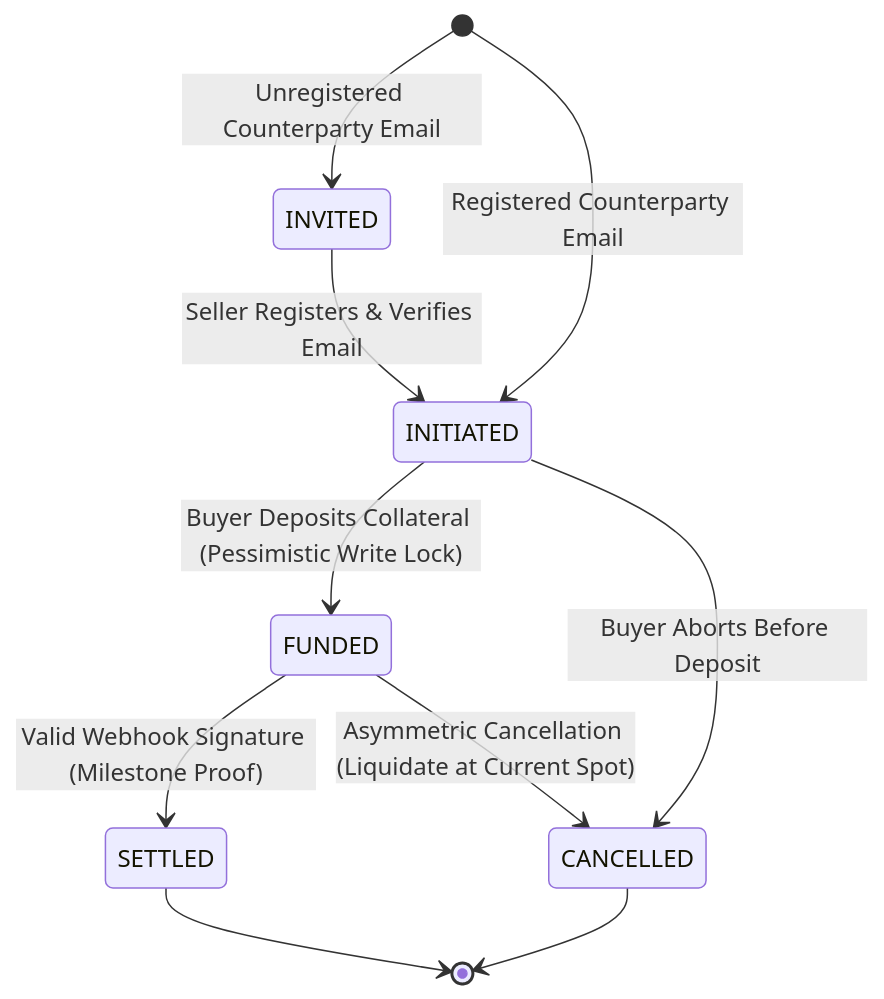
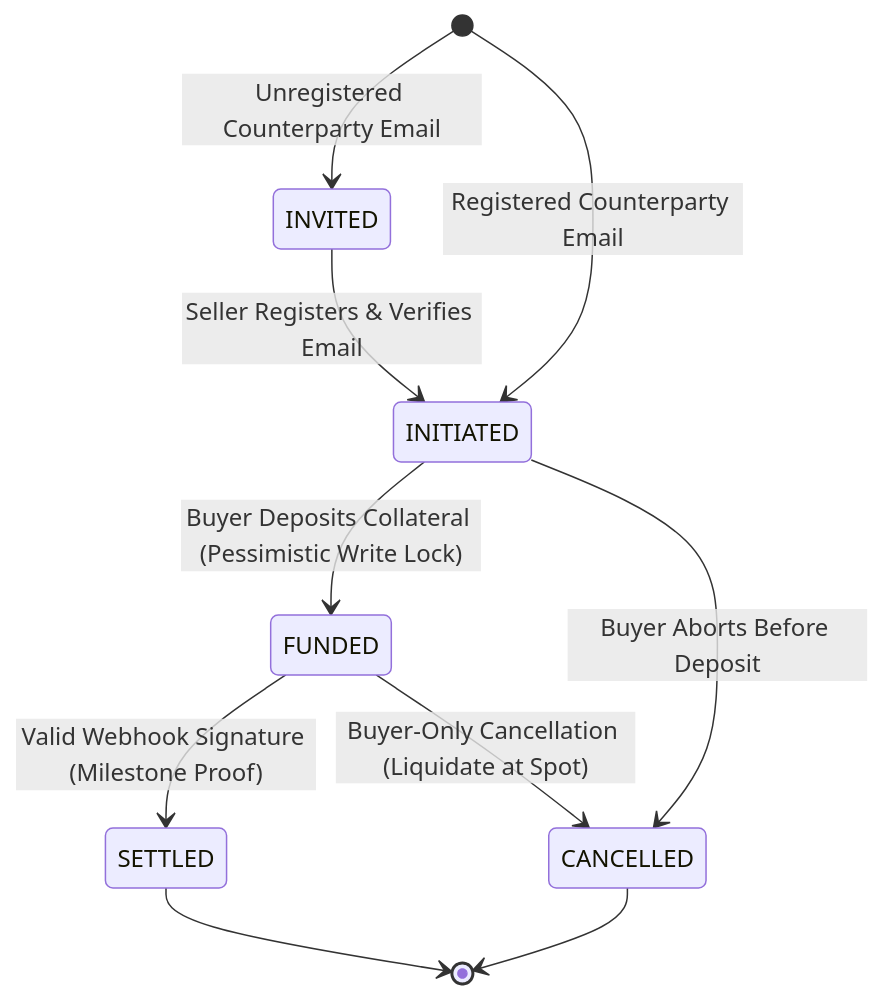
Before and after one commit to unnobatroo/escrowrail: the diagram in docs/wiki/System-Architecture.md, drawn with Mermaid. The commit also changed other lines of this file and 7 other files, not shown here.

````diff
--- a/docs/wiki/System-Architecture.md
+++ b/docs/wiki/System-Architecture.md
@@ -13,12 +71,12 @@
 ```mermaid
 stateDiagram-v2
     [*] --> INVITED: Unregistered Counterparty Email
     [*] --> INITIATED: Registered Counterparty Email
     INVITED --> INITIATED: Seller Registers & Verifies Email
     INITIATED --> FUNDED: Buyer Deposits Collateral (Pessimistic Write Lock)
     INITIATED --> CANCELLED: Buyer Aborts Before Deposit
     FUNDED --> SETTLED: Valid Webhook Signature (Milestone Proof)
-    FUNDED --> CANCELLED: Asymmetric Cancellation (Liquidate at Current Spot)
+    FUNDED --> CANCELLED: Buyer-Only Cancellation (Liquidate at Spot)
     SETTLED --> [*]
     CANCELLED --> [*]
 ```
````
